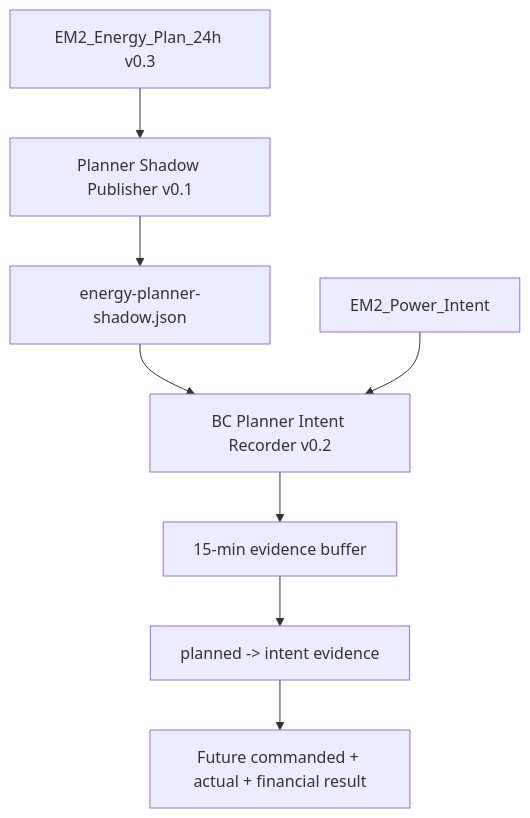
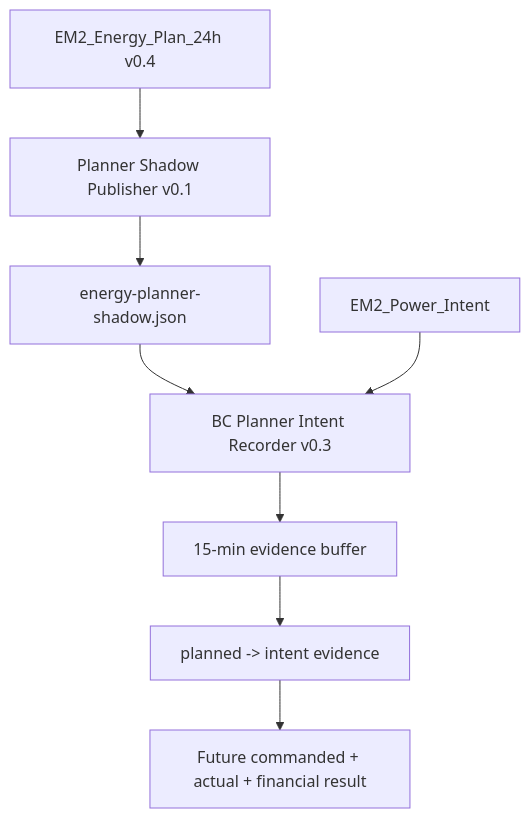
One commit to OnsKasteeltje/homey-energy-manual changed the third of 9 diagrams in docs/software-architecture/flows/planner-power-intent-flow.md. Above: the diagram before and after it, drawn with Mermaid. The commit also changed other lines of this file and 2 other files, not shown here.

````diff
--- a/docs/software-architecture/flows/planner-power-intent-flow.md
+++ b/docs/software-architecture/flows/planner-power-intent-flow.md
@@ -133,10 +139,10 @@
 ```mermaid
 flowchart TD
-    A[EM2_Energy_Plan_24h v0.3] --> B[Planner Shadow Publisher v0.1]
+    A[EM2_Energy_Plan_24h v0.4] --> B[Planner Shadow Publisher v0.1]
     B --> C[energy-planner-shadow.json]
-    C --> D[BC Planner Intent Recorder v0.2]
+    C --> D[BC Planner Intent Recorder v0.3]
     E[EM2_Power_Intent] --> D
     D --> F[15-min evidence buffer]
     F --> G[planned -> intent evidence]
     G --> H[Future commanded + actual + financial result]
 ```
````
